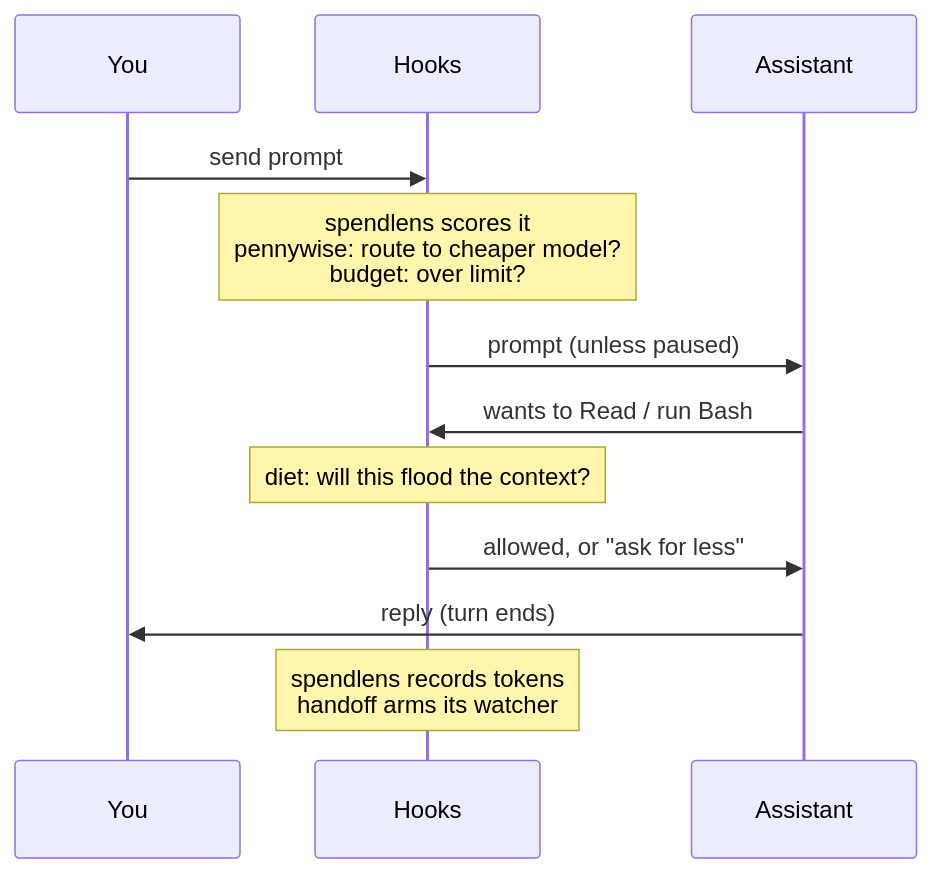
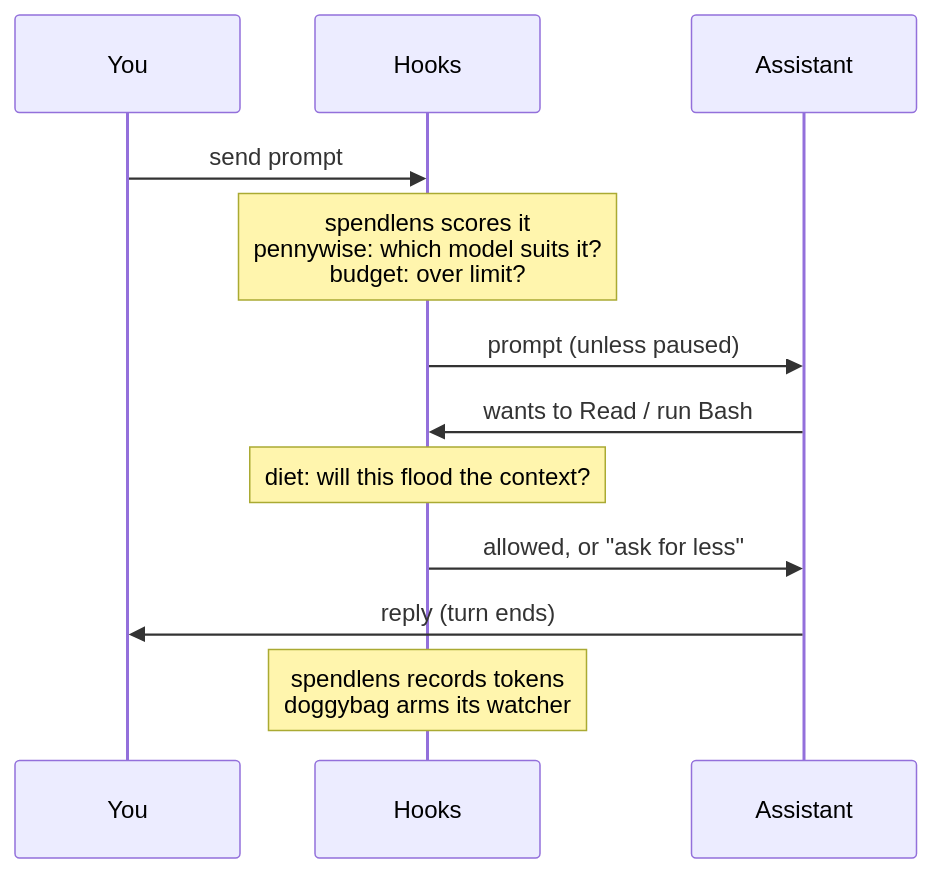
One commit to andrew44/tokenomics changed the second of 2 diagrams in docs/skills-tools-and-hooks.md. Above: the diagram before and after it, drawn with Mermaid. The commit also changed other lines of this file and 18 other files, not shown here.

````diff
--- a/docs/skills-tools-and-hooks.md
+++ b/docs/skills-tools-and-hooks.md
@@ -100,14 +100,14 @@
 ```mermaid
 sequenceDiagram
     participant You
     participant Hooks
     participant AI as Assistant
     You->>Hooks: send prompt
-    Note over Hooks: spendlens scores it<br/>pennywise: route to cheaper model?<br/>budget: over limit?
+    Note over Hooks: spendlens scores it<br/>pennywise: which model suits it?<br/>budget: over limit?
     Hooks->>AI: prompt (unless paused)
     AI->>Hooks: wants to Read / run Bash
     Note over Hooks: diet: will this flood the context?
     Hooks->>AI: allowed, or "ask for less"
     AI->>You: reply (turn ends)
-    Note over Hooks: spendlens records tokens<br/>handoff arms its watcher
+    Note over Hooks: spendlens records tokens<br/>doggybag arms its watcher
 ```
````
